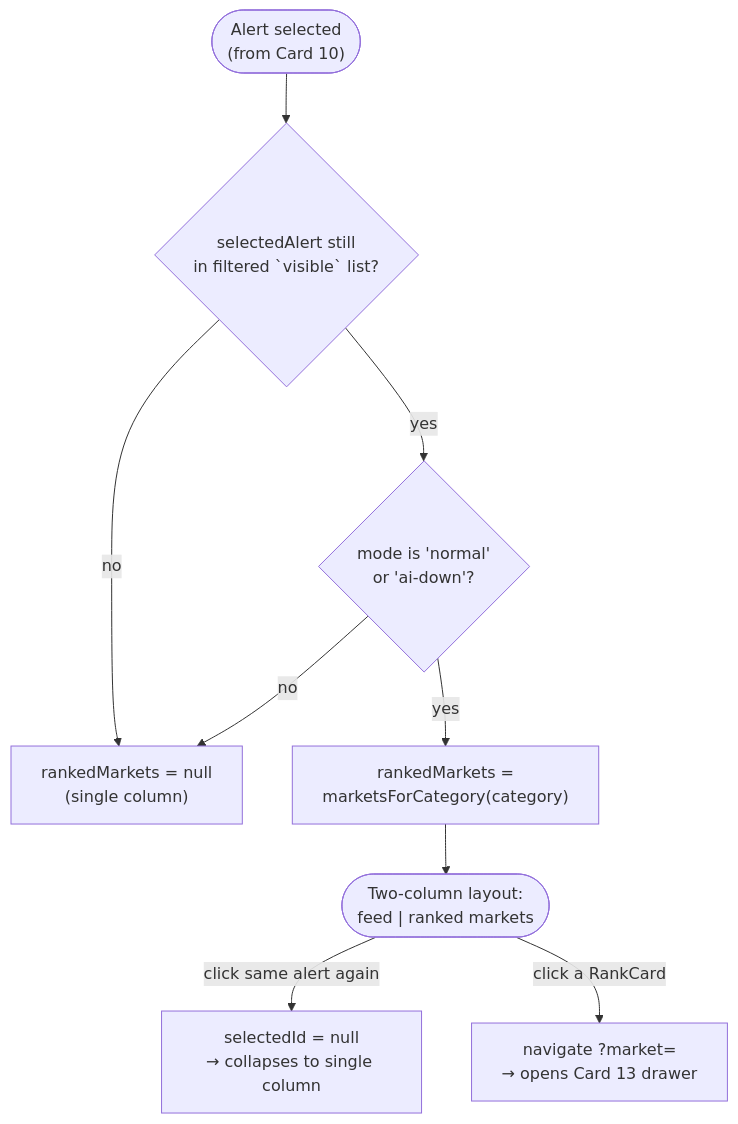
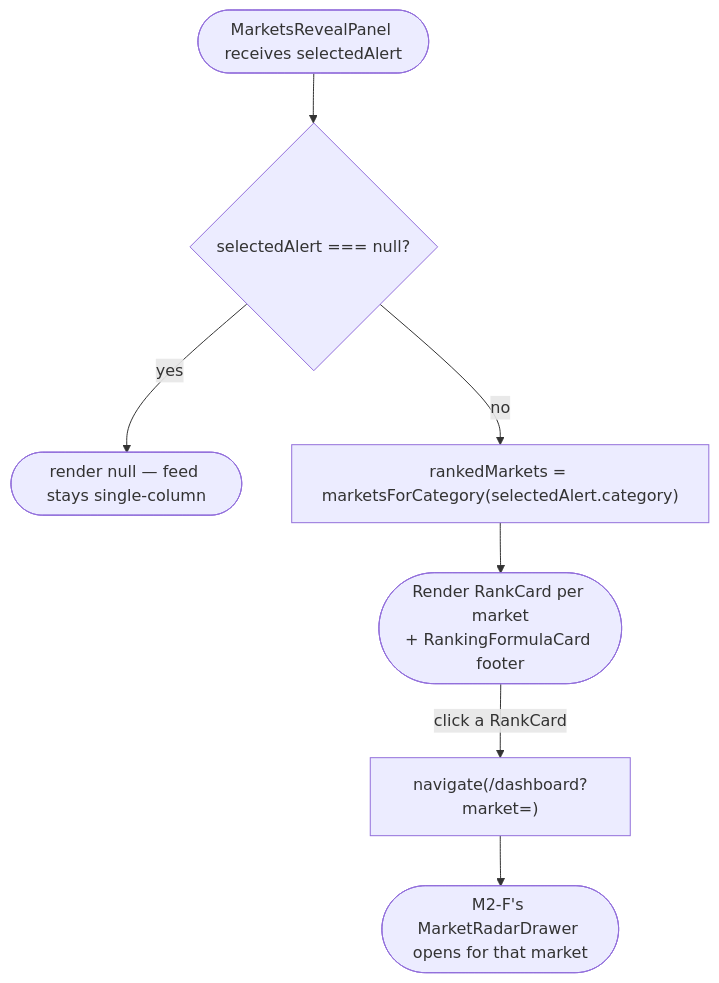
The diagram in docs/superpowers/plans/2026-08-10-ui-ux-overhaul-frontend/diagrams/cards/module-2/markets-reveal.mmd (SherieHub/CeView), drawn with Mermaid before and after one commit. The commit also changed 21 other files, not shown here.

```diff
--- a/docs/superpowers/plans/2026-08-10-ui-ux-overhaul-frontend/diagrams/cards/module-2/markets-reveal.mmd
+++ b/docs/superpowers/plans/2026-08-10-ui-ux-overhaul-frontend/diagrams/cards/module-2/markets-reveal.mmd
@@ -1,9 +1,7 @@
 flowchart TD
-  AlertSelected(["Alert selected\n(from Card 10)"]) --> StaleCheck{"selectedAlert still\nin filtered `visible` list?"}
-  StaleCheck -->|no| NoReveal["rankedMarkets = null\n(single column)"]
-  StaleCheck -->|yes| ModeCheck{"mode is 'normal'\nor 'ai-down'?"}
-  ModeCheck -->|no| NoReveal
-  ModeCheck -->|yes| Rank["rankedMarkets =\nmarketsForCategory(category)"]
-  Rank --> TwoCol(["Two-column layout:\nfeed | ranked markets"])
-  TwoCol -->|click same alert again| Deselect["selectedId = null\n→ collapses to single column"]
-  TwoCol -->|click a RankCard| Open["navigate ?market=<id>\n→ opens Card 13 drawer"]
+  Select(["MarketsRevealPanel receives selectedAlert"]) --> Check{"selectedAlert === null?"}
+  Check -->|yes| Null(["render null — feed stays single-column"])
+  Check -->|no| Rank["rankedMarkets = marketsForCategory(selectedAlert.category)"]
+  Rank --> Render(["Render RankCard per market\n+ RankingFormulaCard footer"])
+  Render -->|click a RankCard| Open["navigate(/dashboard?market=<id>)"]
+  Open --> Drawer(["M2-F's MarketRadarDrawer opens for that market"])
```
